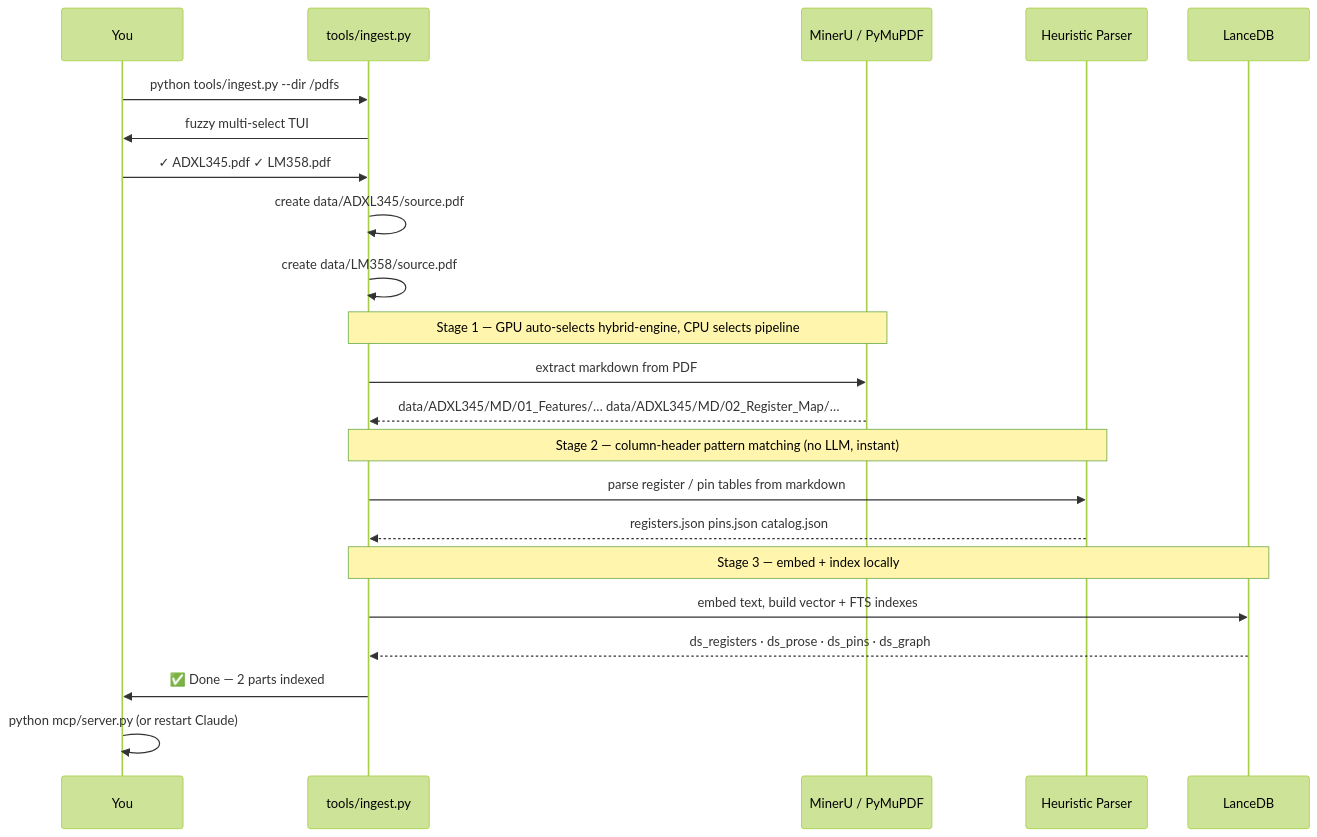
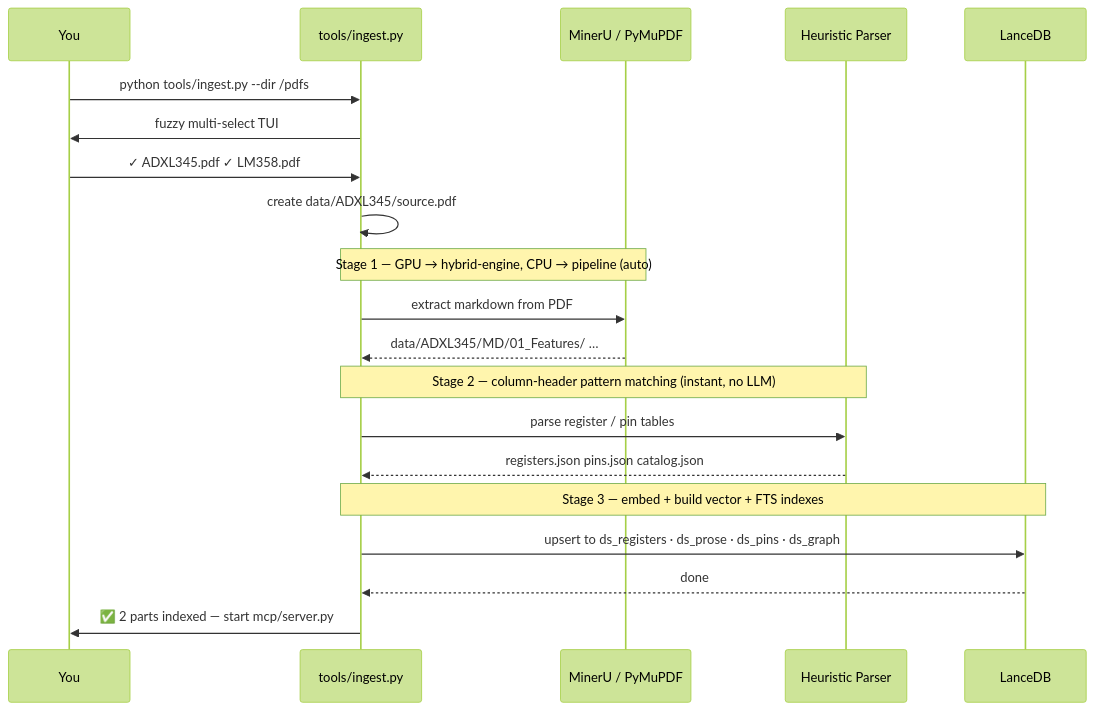
Before and after one commit to hungnguyen1503/datasheet-mcp: the third of 3 diagrams in README.md, drawn with Mermaid (forest theme). The commit also changed other lines of this file, not shown here.

First line of the commit message:
docs: revise README to match HUM MCP style

````diff
--- a/README.md
+++ b/README.md
@@ -191,29 +210,27 @@
 ```mermaid
 sequenceDiagram
     participant U as You
     participant I as tools/ingest.py
     participant M as MinerU / PyMuPDF
     participant P as Heuristic Parser
     participant DB as LanceDB
 
     U->>I: python tools/ingest.py --dir /pdfs
     I->>U: fuzzy multi-select TUI
     U->>I: ✓ ADXL345.pdf  ✓ LM358.pdf
+
     I->>I: create data/ADXL345/source.pdf
-    I->>I: create data/LM358/source.pdf
+    Note over I,M: Stage 1 — GPU → hybrid-engine, CPU → pipeline (auto)
+    I->>M: extract markdown from PDF
+    M-->>I: data/ADXL345/MD/01_Features/ …
 
-    Note over I,M: Stage 1 — GPU auto-selects hybrid-engine, CPU selects pipeline
-    I->>M: extract markdown from PDF
-    M-->>I: data/ADXL345/MD/01_Features/…  data/ADXL345/MD/02_Register_Map/…
-
-    Note over I,P: Stage 2 — column-header pattern matching (no LLM, instant)
-    I->>P: parse register / pin tables from markdown
+    Note over I,P: Stage 2 — column-header pattern matching (instant, no LLM)
+    I->>P: parse register / pin tables
     P-->>I: registers.json  pins.json  catalog.json
 
-    Note over I,DB: Stage 3 — embed + index locally
-    I->>DB: embed text, build vector + FTS indexes
-    DB-->>I: ds_registers · ds_prose · ds_pins · ds_graph
+    Note over I,DB: Stage 3 — embed + build vector + FTS indexes
+    I->>DB: upsert to ds_registers · ds_prose · ds_pins · ds_graph
+    DB-->>I: done
 
-    I->>U: ✅ Done — 2 parts indexed
-    U->>U: python mcp/server.py  (or restart Claude)
+    I->>U: ✅ 2 parts indexed — start mcp/server.py
 ```
````
